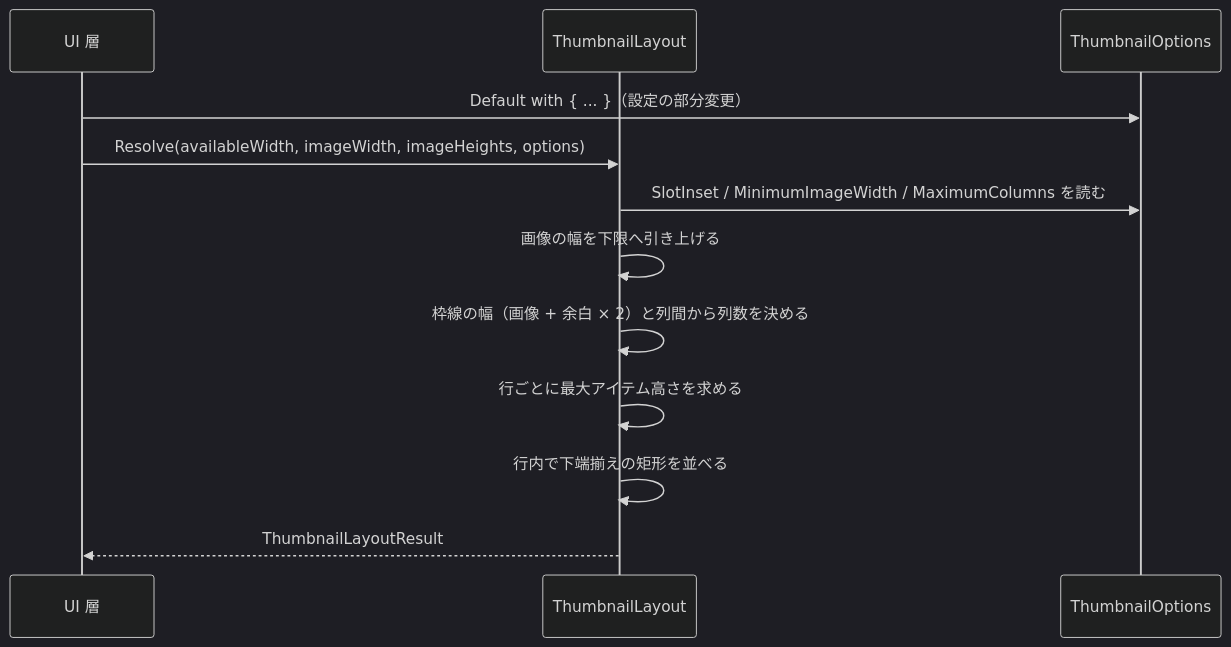
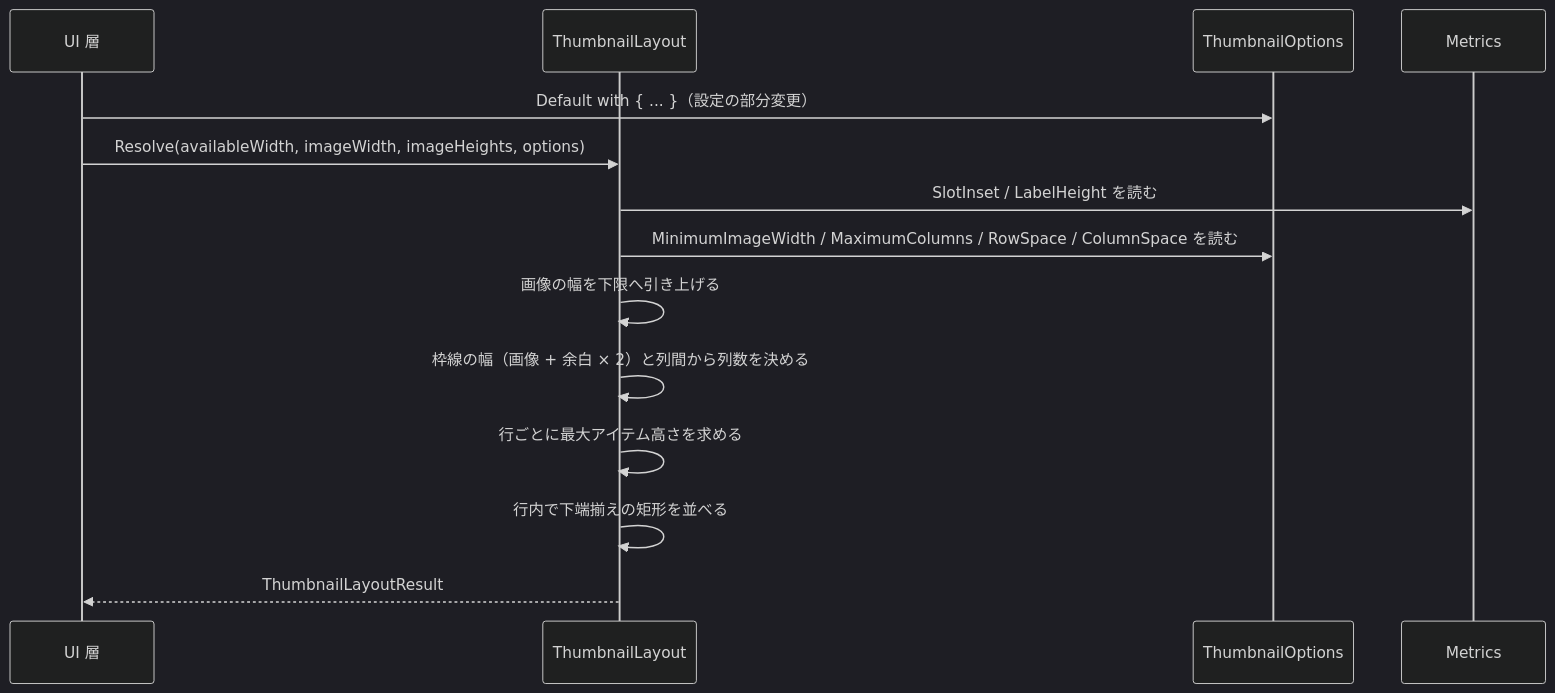
One commit to tomokuni/EsUtil changed the third of 3 diagrams in EsUtil/Feature.Thumbnail.Core/docs/SPEC_System.md. Above: the diagram before and after it, drawn with Mermaid (dark theme). The commit also changed other lines of this file and 30 other files, not shown here.

````diff
--- a/EsUtil/Feature.Thumbnail.Core/docs/SPEC_System.md
+++ b/EsUtil/Feature.Thumbnail.Core/docs/SPEC_System.md
@@ -156,15 +158,16 @@
 ```mermaid
 sequenceDiagram
     participant UI as UI 層
     participant Layout as ThumbnailLayout
     participant Options as ThumbnailOptions
 
     UI->>Options: Default with { ... }（設定の部分変更）
     UI->>Layout: Resolve(availableWidth, imageWidth, imageHeights, options)
-    Layout->>Options: SlotInset / MinimumImageWidth / MaximumColumns を読む
+    Layout->>Metrics: SlotInset / LabelHeight を読む
+    Layout->>Options: MinimumImageWidth / MaximumColumns / RowSpace / ColumnSpace を読む
     Layout->>Layout: 画像の幅を下限へ引き上げる
     Layout->>Layout: 枠線の幅（画像 + 余白 × 2）と列間から列数を決める
     Layout->>Layout: 行ごとに最大アイテム高さを求める
     Layout->>Layout: 行内で下端揃えの矩形を並べる
     Layout-->>UI: ThumbnailLayoutResult
 ```
````
